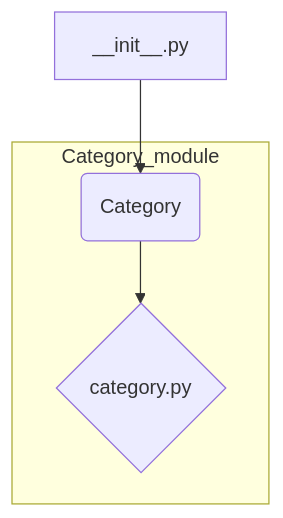
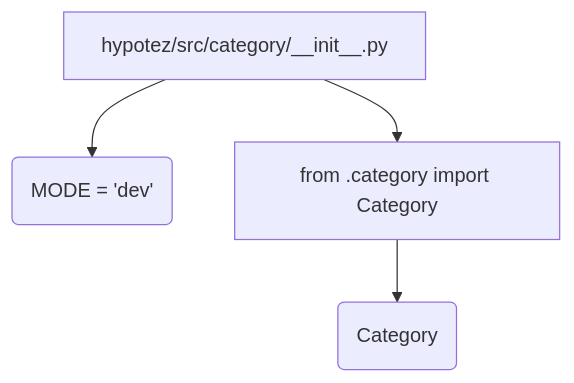
One commit to hypo69/hypo changed the diagram in docs/gemini/ru/explainer/src/category/__init__.md. Above: the diagram before and after it, drawn with Mermaid. The commit also changed other lines of this file and 877 other files, not shown here.

````diff
--- a/docs/gemini/ru/explainer/src/category/__init__.md
+++ b/docs/gemini/ru/explainer/src/category/__init__.md
@@ -34,7 +31,6 @@
 ```mermaid
 graph TD
-    A[__init__.py] --> B(Category);
-    subgraph Category_module
-        B --> C{category.py};
-    end
+    A[hypotez/src/category/__init__.py] --> B(MODE = 'dev');
+    A --> C[from .category import Category];
+    C --> D(Category);
 ```
````
